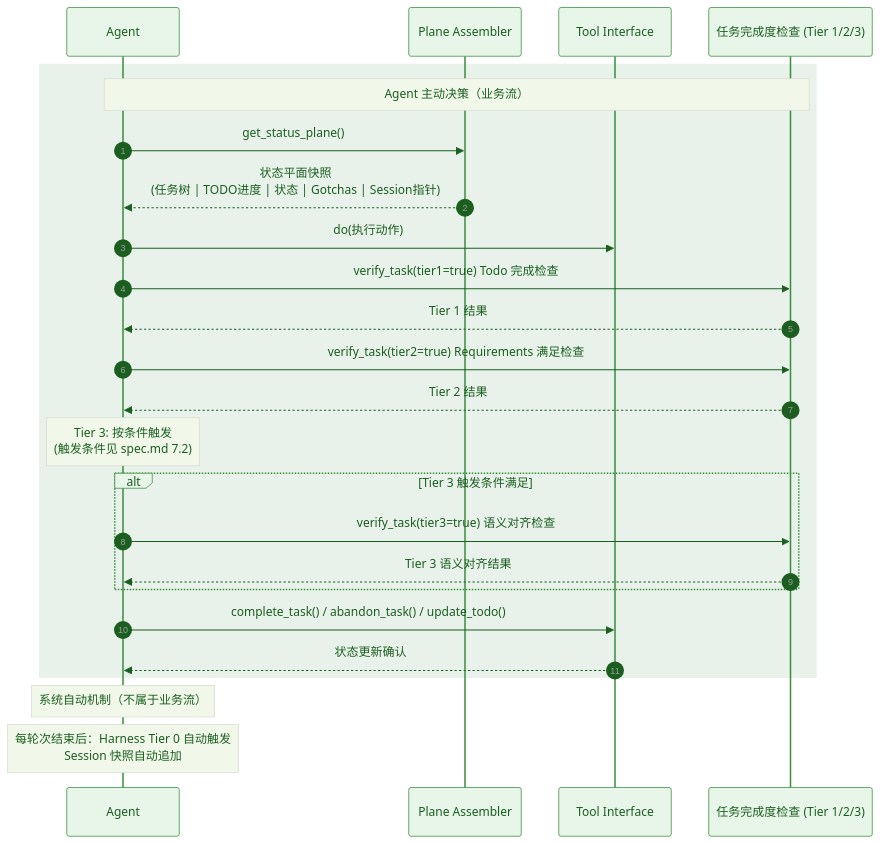
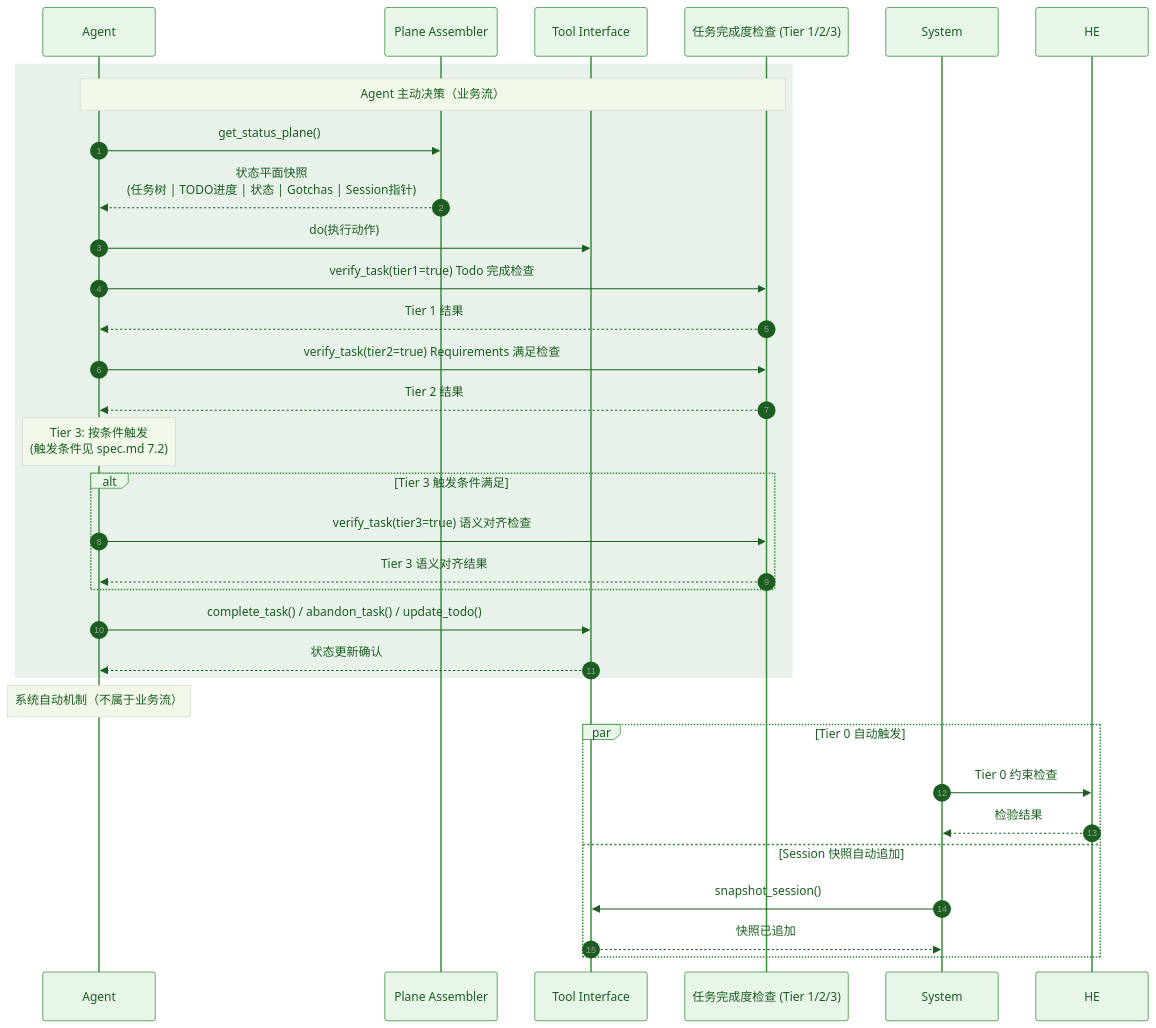
One commit to Lazyn0tBug/mem0ress changed the second of 3 diagrams in docs/arch.md. Above: the diagram before and after it, drawn with Mermaid. The commit also changed other lines of this file, not shown here.

Commit message:
fix(arch): 完善 Tier 0 让度恢复链路，补全序列图系统自动机制
- 2.4 Tier 0: 补全恢复点'恢复信号触达后，mem0ress 解除暂停状态并继续或终止'
- 5 接口表 snapshot_session: '外部调用'改为'after-turn 宿主调用触发'，与 spec 7.3 对齐
- 6.1 session.md 维护模块: 删除'宿主系统'改为'mem0ress 暴露接口，被调用时自动写入'
- 4.1 序列图: 将 Tier 0 和 Session 快照的 Note 替换为实际调用链路（par 并行块）

````diff
--- a/docs/arch.md
+++ b/docs/arch.md
@@ -142,36 +142,42 @@
 ```mermaid
 %% label：Agent 驱动的业务闭环
 %%{ init: { 'theme': 'base', 'themeVariables': { 'primaryColor': '#e8f5e9', 'primaryTextColor': '#1b5e20', 'primaryBorderColor': '#388e3c', 'lineColor': '#616161', 'noteBkgColor': '#f1f8e9', 'noteTextColor': '#1b5e20' } } }%%
 sequenceDiagram
     autonumber
     participant Agent
     participant PA as Plane Assembler
     participant TI as Tool Interface
     participant VC as 任务完成度检查 (Tier 1/2/3)
 
     rect rgba(46, 125, 50, 0.1)
         Note over Agent,VC: Agent 主动决策（业务流）
         Agent->>PA: get_status_plane()
         PA-->>Agent: 状态平面快照<br/>(任务树 | TODO进度 | 状态 | Gotchas | Session指针)
 
         Agent->>TI: do(执行动作)
 
         Agent->>VC: verify_task(tier1=true) Todo 完成检查
         VC-->>Agent: Tier 1 结果
 
         Agent->>VC: verify_task(tier2=true) Requirements 满足检查
         VC-->>Agent: Tier 2 结果
 
         Note over Agent: Tier 3: 按条件触发<br/>(触发条件见 spec.md 7.2)
         alt Tier 3 触发条件满足
             Agent->>VC: verify_task(tier3=true) 语义对齐检查
             VC-->>Agent: Tier 3 语义对齐结果
         end
 
         Agent->>TI: complete_task() / abandon_task() / update_todo()
         TI-->>Agent: 状态更新确认
     end
 
     Note over Agent: 系统自动机制（不属于业务流）
-    Note over Agent: 每轮次结束后：Harness Tier 0 自动触发<br/>Session 快照自动追加
+    par Tier 0 自动触发
+        System->>HE: Tier 0 约束检查
+        HE-->>System: 检验结果
+    and Session 快照自动追加
+        System->>TI: snapshot_session()
+        TI-->>System: 快照已追加
+    end
 ```
````
